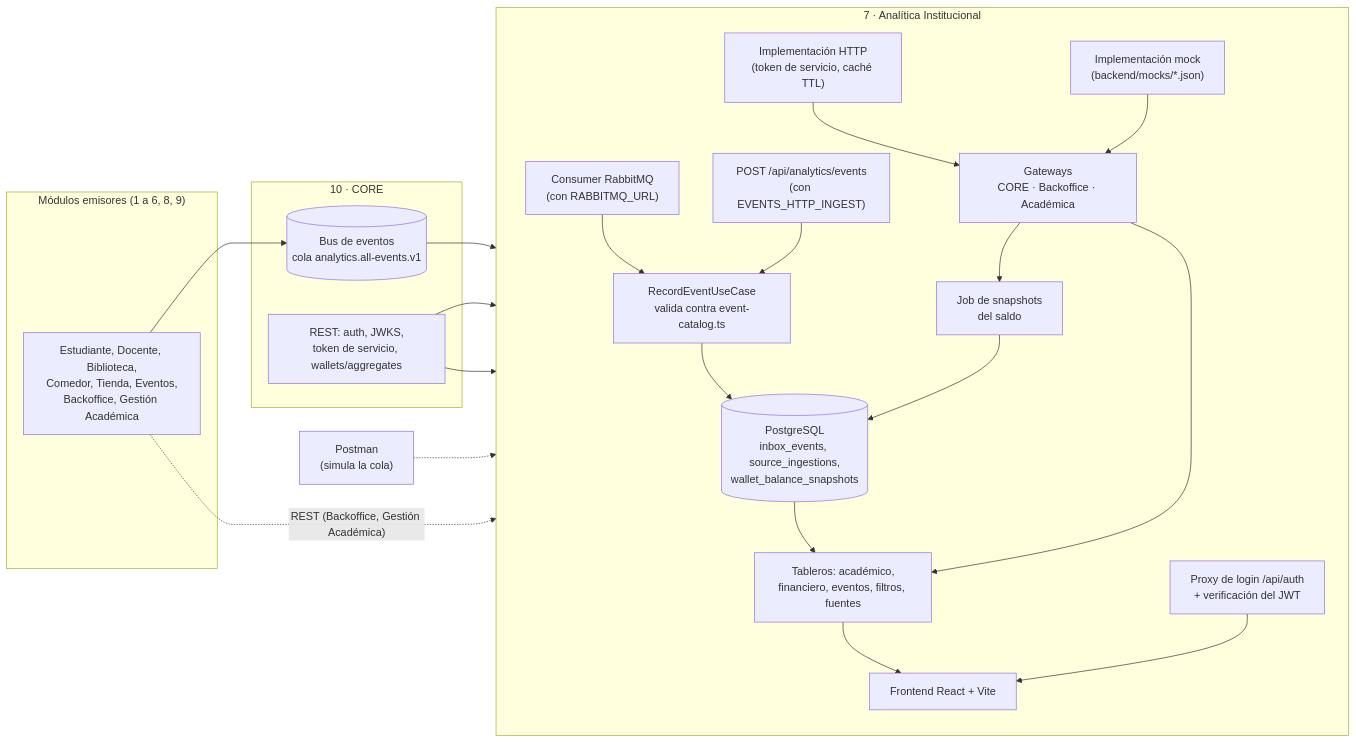
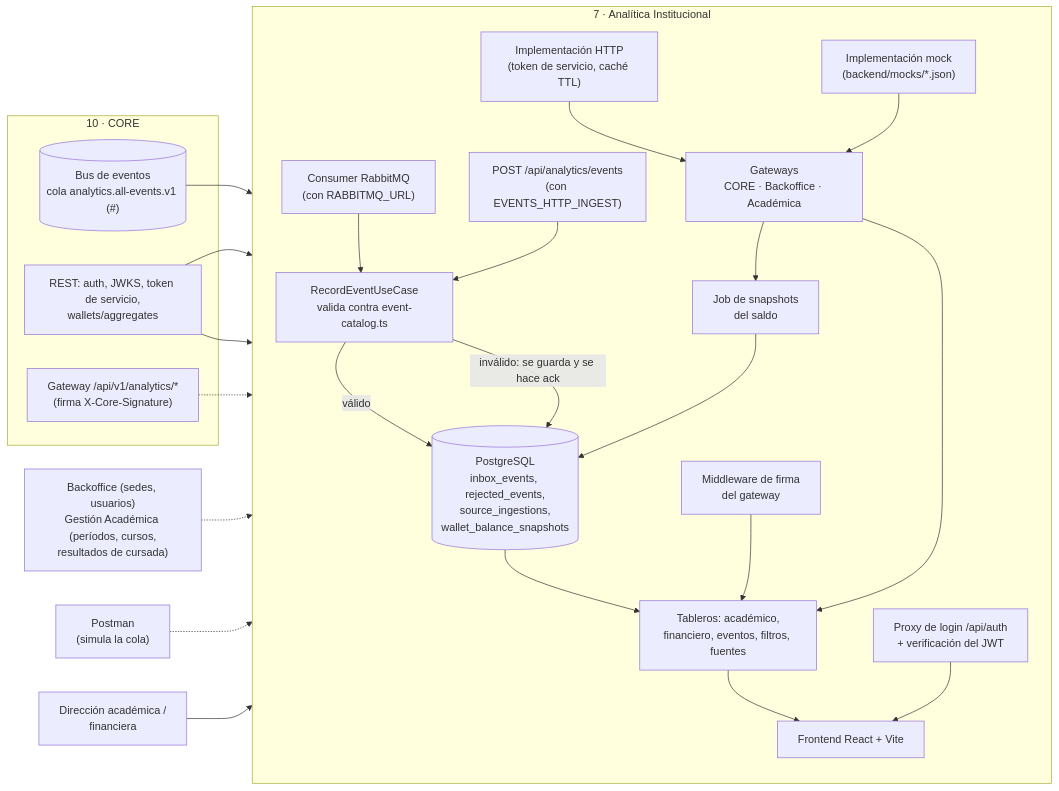
One commit to JoacoaFernandez/Modulo7 changed the first of 2 diagrams in README.md. Above: the diagram before and after it, drawn with Mermaid. The commit also changed other lines of this file and 1 other file, not shown here.

Commit message:
README de la entrega final: arquitectura del módulo y general de UADEnet, instalación, modo real y deploy

````diff
--- a/README.md
+++ b/README.md
@@ -32,45 +37,49 @@
 ```mermaid
 flowchart LR
-  subgraph EM["Módulos emisores (1 a 6, 8, 9)"]
-    G["Estudiante, Docente, Biblioteca,<br/>Comedor, Tienda, Eventos,<br/>Backoffice, Gestión Académica"]
+  subgraph CORE["10 · CORE"]
+    BUS[("Bus de eventos<br/>cola analytics.all-events.v1 (#)")]
+    CREST["REST: auth, JWKS, token de servicio,<br/>wallets/aggregates"]
+    CGW["Gateway /api/v1/analytics/*<br/>(firma X-Core-Signature)"]
   end
 
-  subgraph CORE["10 · CORE"]
-    BUS[("Bus de eventos<br/>cola analytics.all-events.v1")]
-    CREST["REST: auth, JWKS,<br/>token de servicio, wallets/aggregates"]
-  end
-
+  EXT["Backoffice (sedes, usuarios)<br/>Gestión Académica (períodos, cursos,<br/>resultados de cursada)"]
   PM["Postman<br/>(simula la cola)"]
+  USR["Dirección académica /<br/>financiera"]
 
   subgraph M7["7 · Analítica Institucional"]
     direction TB
     CONS["Consumer RabbitMQ<br/>(con RABBITMQ_URL)"]
     POST["POST /api/analytics/events<br/>(con EVENTS_HTTP_INGEST)"]
     REC["RecordEventUseCase<br/>valida contra event-catalog.ts"]
-    DB[("PostgreSQL<br/>inbox_events, source_ingestions,<br/>wallet_balance_snapshots")]
+    DB[("PostgreSQL<br/>inbox_events, rejected_events,<br/>source_ingestions,<br/>wallet_balance_snapshots")]
     JOB["Job de snapshots<br/>del saldo"]
     GW["Gateways<br/>CORE · Backoffice · Académica"]
     HTTP["Implementación HTTP<br/>(token de servicio, caché TTL)"]
     MOCK["Implementación mock<br/>(backend/mocks/*.json)"]
+    SIG["Middleware de firma<br/>del gateway"]
     DASH["Tableros: académico,<br/>financiero, eventos, filtros, fuentes"]
     AUTH["Proxy de login /api/auth<br/>+ verificación del JWT"]
     FE["Frontend React + Vite"]
 
     CONS --> REC
     POST --> REC
-    REC --> DB
+    REC -->|"válido"| DB
+    REC -->|"inválido: se guarda y se hace ack"| DB
     HTTP --> GW
     MOCK --> GW
     GW --> JOB --> DB
     GW --> DASH
     DB --> DASH
+    SIG --> DASH
     DASH --> FE
     AUTH --> FE
   end
 
-  G --> BUS --> CONS
+  BUS --> CONS
   PM -.-> POST
   CREST --> HTTP
   CREST --> AUTH
-  G -. "REST (Backoffice, Gestión Académica)" .-> HTTP
+  EXT -.-> HTTP
+  CGW -.-> SIG
+  USR --> FE
 ```
````
